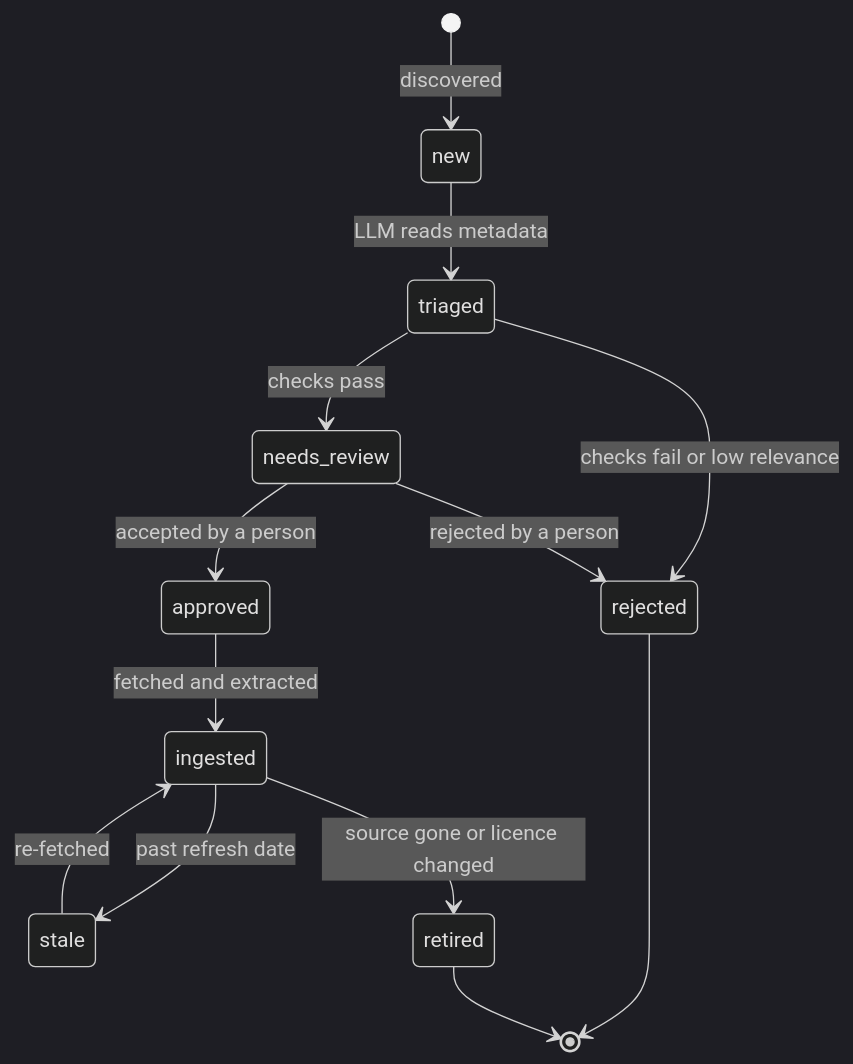
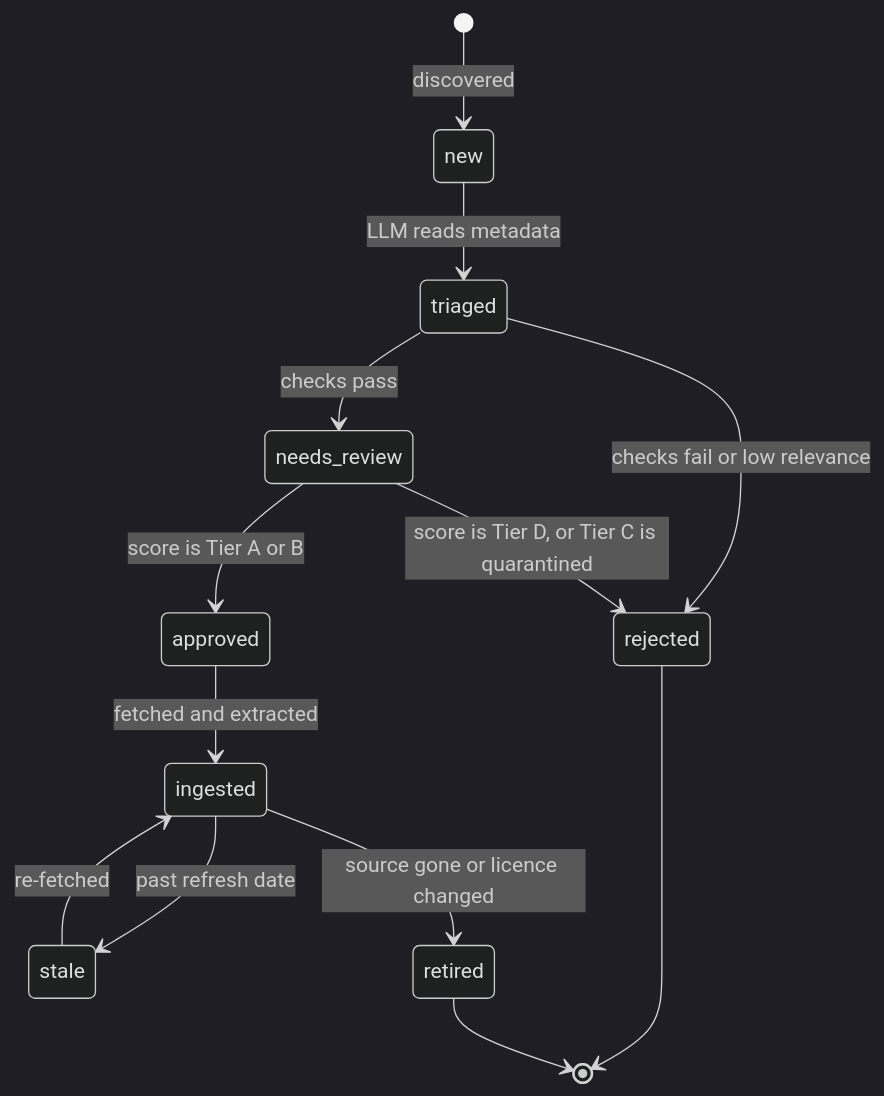
One commit to zenaism/accessibility-map changed the ninth of 12 diagrams in docs/architecture.md. Above: the diagram before and after it, drawn with Mermaid (dark theme). The commit also changed other lines of this file and 15 other files, not shown here.

````diff
--- a/docs/architecture.md
+++ b/docs/architecture.md
@@ -218,15 +208,15 @@
 ```mermaid
 stateDiagram-v2
   [*] --> new: discovered
   new --> triaged: LLM reads metadata
   triaged --> rejected: checks fail or low relevance
   triaged --> needs_review: checks pass
-  needs_review --> approved: accepted by a person
-  needs_review --> rejected: rejected by a person
+  needs_review --> approved: score is Tier A or B
+  needs_review --> rejected: score is Tier D, or Tier C is quarantined
   approved --> ingested: fetched and extracted
   ingested --> stale: past refresh date
   stale --> ingested: re-fetched
   ingested --> retired: source gone or licence changed
   rejected --> [*]
   retired --> [*]
 ```
````
